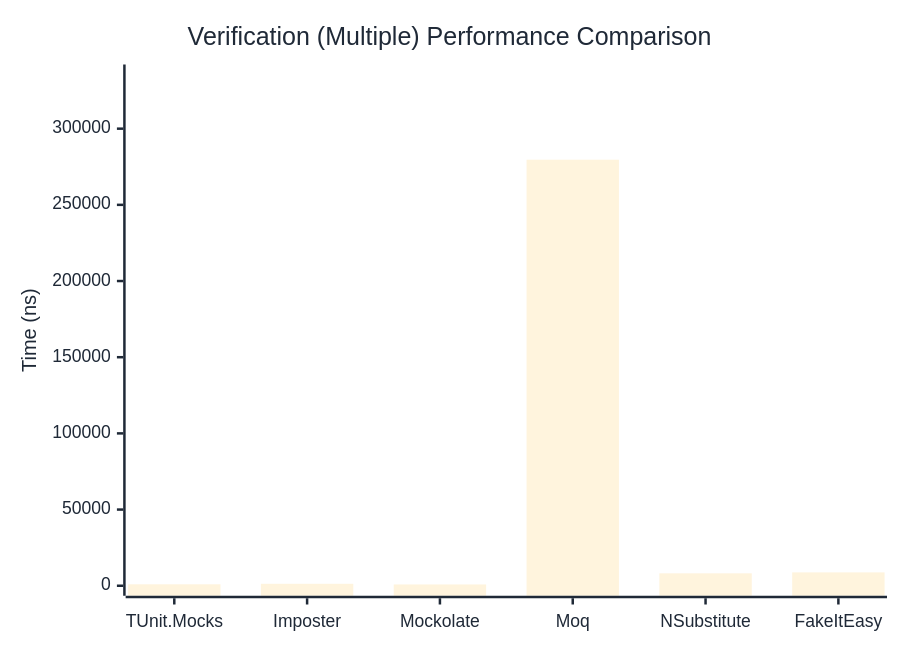
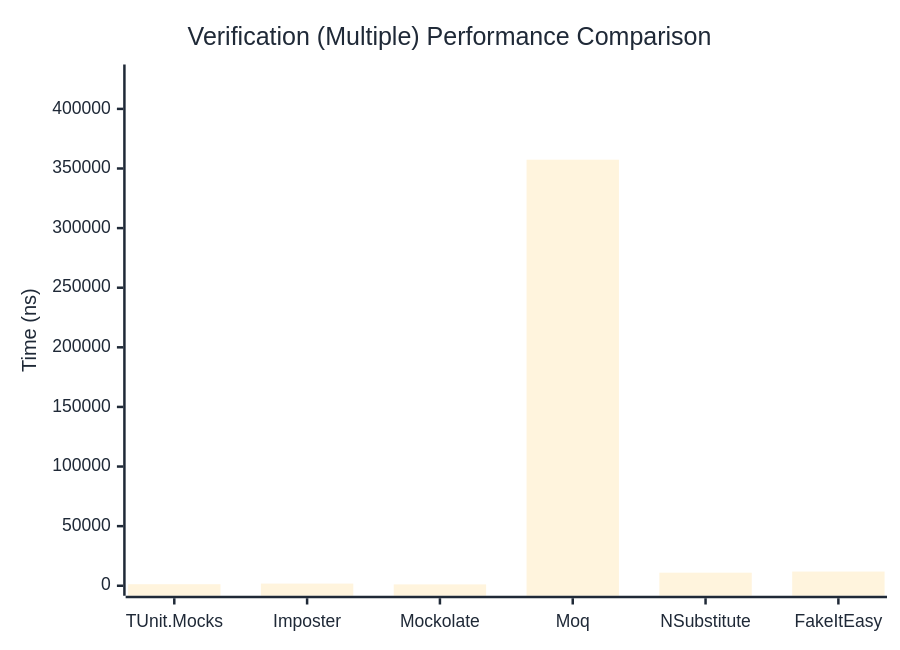
One commit to thomhurst/TUnit changed the third of 3 diagrams in docs/docs/benchmarks/mocks/Verification.md. Above: the diagram before and after it, drawn with Mermaid. The commit also changed other lines of this file and 14 other files, not shown here.

````diff
--- a/docs/docs/benchmarks/mocks/Verification.md
+++ b/docs/docs/benchmarks/mocks/Verification.md
@@ -112,27 +112,27 @@
 ```mermaid
 %%{init: {
   'theme':'base',
   'themeVariables': {
     'primaryColor': '#2563eb',
     'primaryTextColor': '#1f2937',
     'primaryBorderColor': '#1e40af',
     'lineColor': '#6b7280',
     'secondaryColor': '#7c3aed',
     'tertiaryColor': '#dc2626',
     'background': '#ffffff',
     'pie1': '#2563eb',
     'pie2': '#7c3aed',
     'pie3': '#dc2626',
     'pie4': '#f59e0b',
     'pie5': '#10b981',
     'pie6': '#06b6d4',
     'pie7': '#ec4899',
     'pie8': '#6366f1'
   }
 }}%%
 xychart-beta
   title "Verification (Multiple) Performance Comparison"
   x-axis ["TUnit.Mocks", "Imposter", "Mockolate", "Moq", "NSubstitute", "FakeItEasy"]
-  y-axis "Time (ns)" 0 --> 335552
-  bar [957.57, 1280.74, 863.58, 279626.41, 8150.31, 8769.62]
+  y-axis "Time (ns)" 0 --> 428847
+  bar [1280.82, 1819.93, 1143.17, 357371.93, 10956.89, 11915.36]
 ```
````
